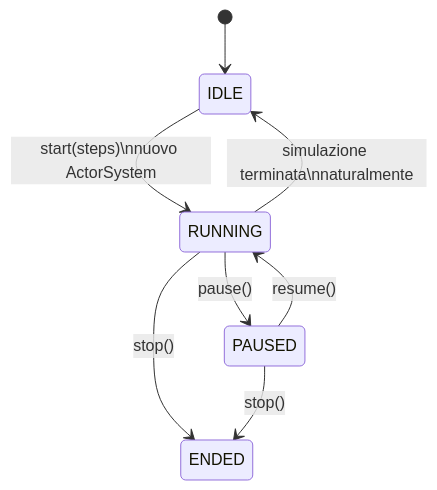
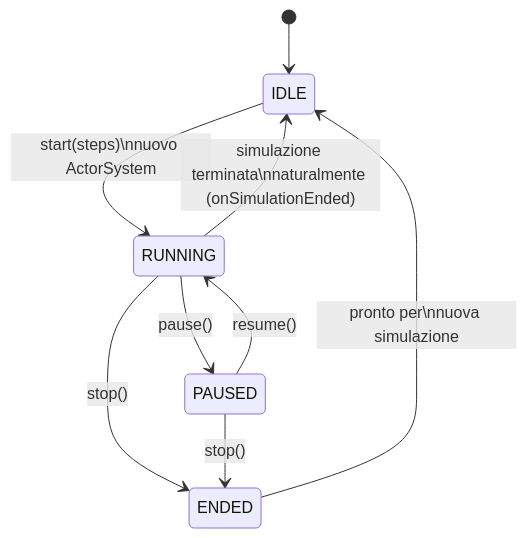
The second of 6 diagrams in simulation-car/doc/report.md (JBmanu/PCD-03), drawn with Mermaid before and after one commit. The commit also changed other lines of this file, not shown here.

Commit message:
feat: finished report - car simulation

````diff
--- a/simulation-car/doc/report.md
+++ b/simulation-car/doc/report.md
@@ -71,10 +71,11 @@
 ```mermaid
 stateDiagram-v2
     [*] --> IDLE
     IDLE --> RUNNING : start(steps)\nnuovo ActorSystem
     RUNNING --> PAUSED : pause()
     PAUSED --> RUNNING : resume()
-    RUNNING --> IDLE : simulazione terminata\nnaturalmente
+    RUNNING --> IDLE : simulazione terminata\nnaturalmente (onSimulationEnded)
     RUNNING --> ENDED : stop()
     PAUSED --> ENDED : stop()
+    ENDED --> IDLE : pronto per\nnuova simulazione
 ```
````
